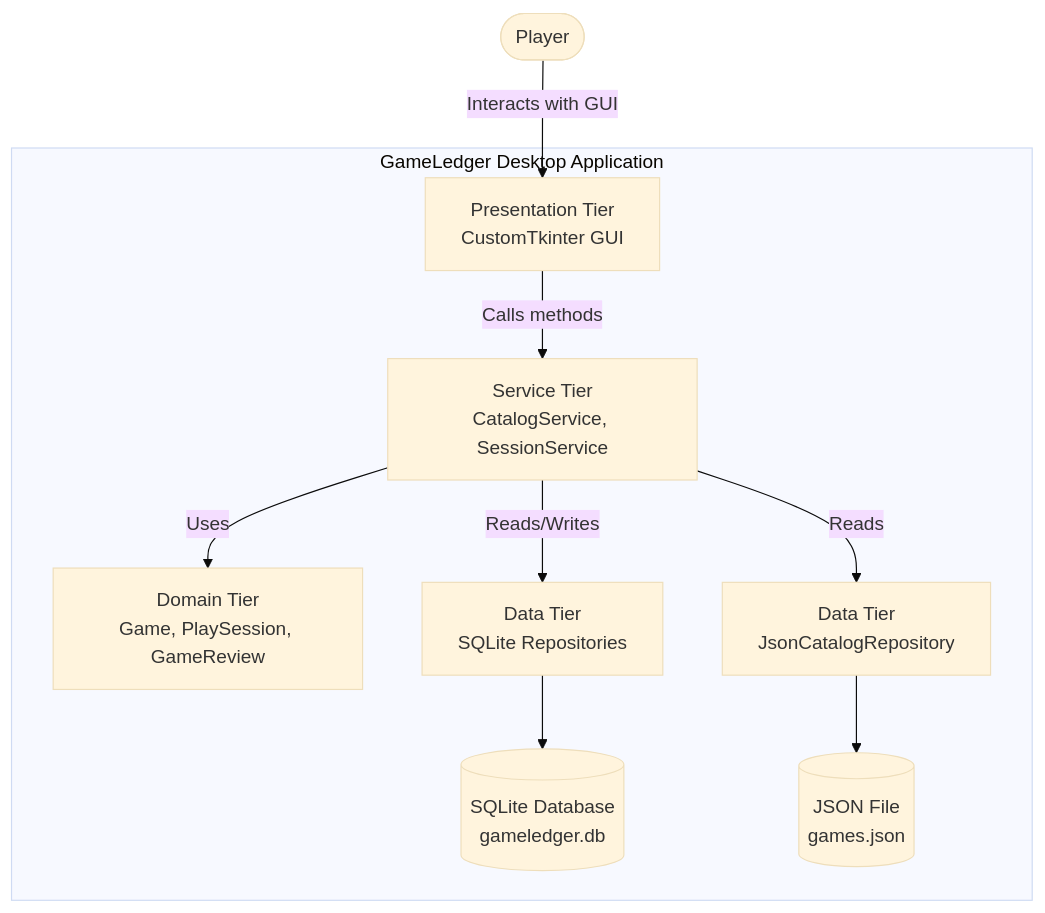
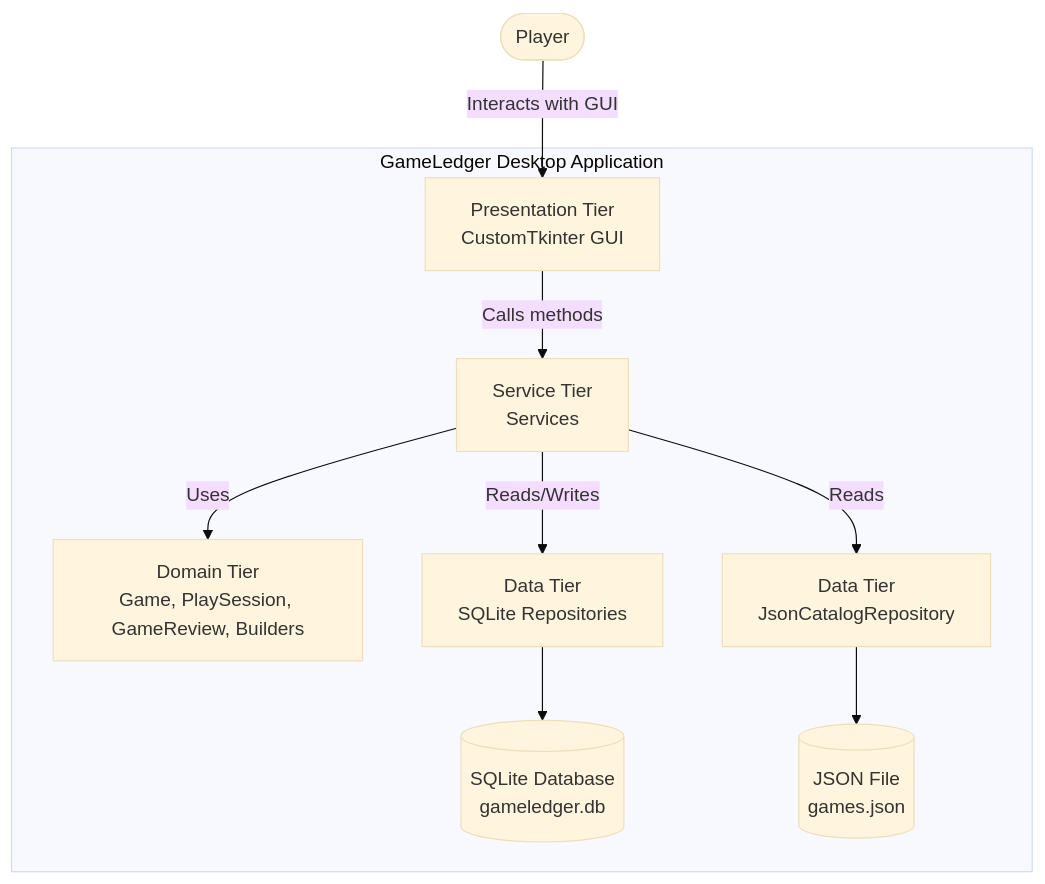
Before and after one commit to DavLien/cen5064-project-liendo: the second of 9 diagrams in README.md, drawn with Mermaid (base theme). The commit also changed other lines of this file, not shown here.

````diff
--- a/README.md
+++ b/README.md
@@ -73,15 +98,14 @@
 ```mermaid
-%% Container view: your containers should match the tier table above.
 flowchart TB
     user([Player]) -->|Interacts with GUI| ui
 
     subgraph GameLedgerSystem [GameLedger Desktop Application]
-        ui[Presentation Tier<br/>CustomTkinter GUI] -->|Calls methods| service[Service Tier<br/>CatalogService, SessionService]
-        service -->|Uses| domain[Domain Tier<br/>Game, PlaySession, GameReview]
+        ui[Presentation Tier<br/>CustomTkinter GUI] -->|Calls methods| service[Service Tier<br/>Services]
+        service -->|Uses| domain[Domain Tier<br/>Game, PlaySession, GameReview, Builders]
         service -->|Reads/Writes| dbRepo[Data Tier<br/>SQLite Repositories]
         service -->|Reads| jsonRepo[Data Tier<br/>JsonCatalogRepository]
 
         dbRepo --> db[(SQLite Database<br/>gameledger.db)]
         jsonRepo --> file[(JSON File<br/>games.json)]
     end
 ```
````
